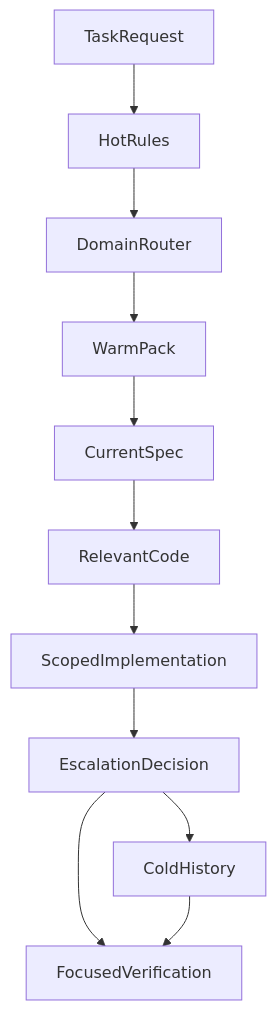
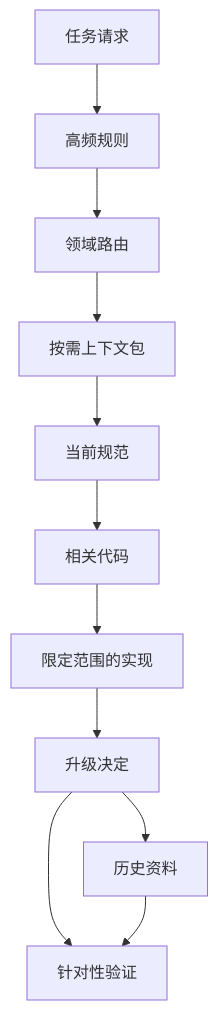
One commit to hpoenixf/eff-agent-article changed the first of 2 diagrams in articles/027-agent-context-document-history.md. Above: the diagram before and after it, drawn with Mermaid. The commit also changed other lines of this file and 52 other files, not shown here.

Commit message:
docs: localize diagrams and clarify flagship guides

````diff
--- a/articles/027-agent-context-document-history.md
+++ b/articles/027-agent-context-document-history.md
@@ -46,13 +46,13 @@
 ```mermaid
 graph TD
-TaskRequest --> HotRules
-HotRules --> DomainRouter
-DomainRouter --> WarmPack
-WarmPack --> CurrentSpec
-CurrentSpec --> RelevantCode
-RelevantCode --> ScopedImplementation
-ScopedImplementation --> EscalationDecision
-EscalationDecision --> ColdHistory
-EscalationDecision --> FocusedVerification
+TaskRequest["任务请求"] --> HotRules["高频规则"]
+HotRules --> DomainRouter["领域路由"]
+DomainRouter --> WarmPack["按需上下文包"]
+WarmPack --> CurrentSpec["当前规范"]
+CurrentSpec --> RelevantCode["相关代码"]
+RelevantCode --> ScopedImplementation["限定范围的实现"]
+ScopedImplementation --> EscalationDecision["升级决定"]
+EscalationDecision --> ColdHistory["历史资料"]
+EscalationDecision --> FocusedVerification["针对性验证"]
 ColdHistory --> FocusedVerification
 ```
````
